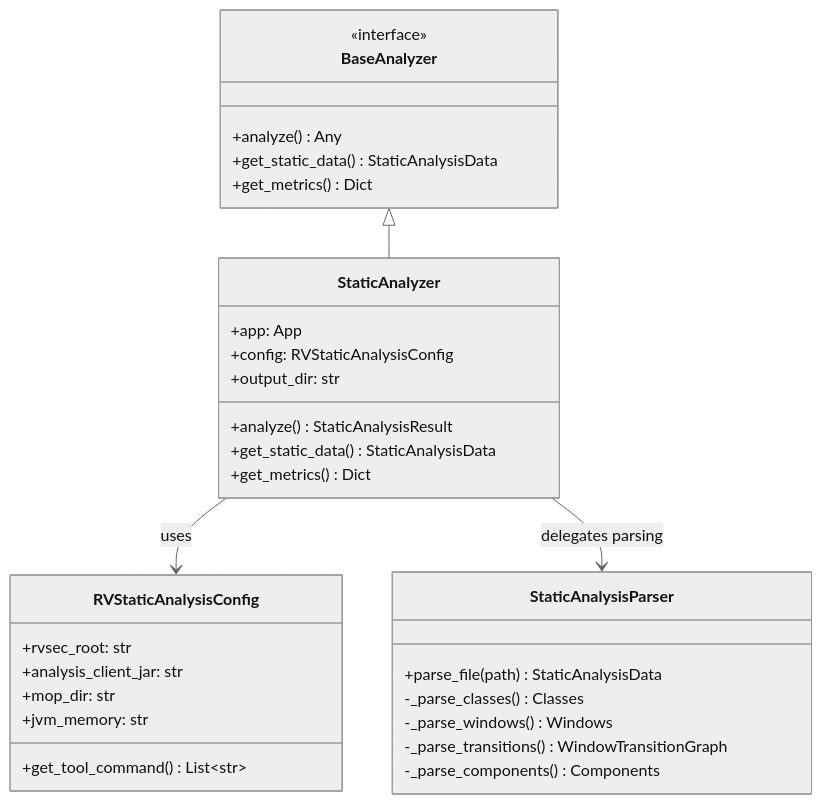
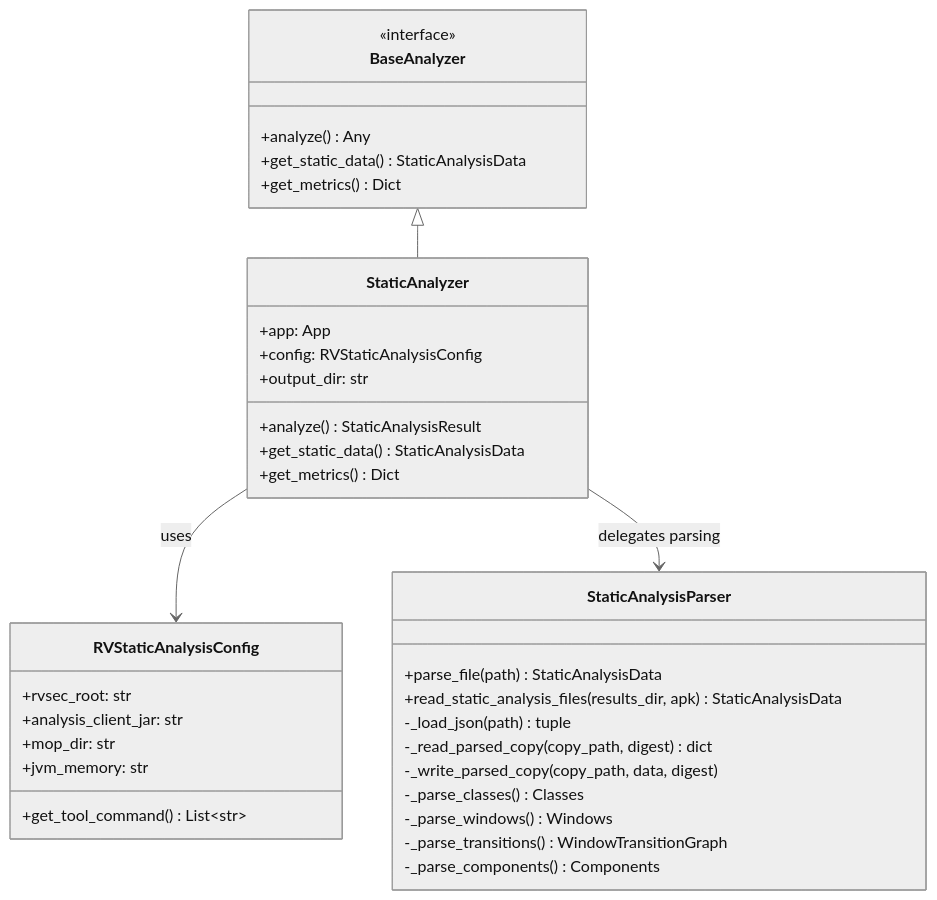
The sixth of 6 diagrams in rv-android/modules/rv-static-analysis/docs/architecture.md (PAMunb/rvsec), drawn with Mermaid before and after one commit. The commit also changed other lines of this file and 5 other files, not shown here.

````diff
--- a/rv-android/modules/rv-static-analysis/docs/architecture.md
+++ b/rv-android/modules/rv-static-analysis/docs/architecture.md
@@ -593,40 +659,44 @@
 ```mermaid
 %%{init: {'theme': 'neutral'}}%%
 classDiagram
     class BaseAnalyzer {
         <<interface>>
         +analyze() Any
         +get_static_data() StaticAnalysisData
         +get_metrics() Dict
     }
 
     class StaticAnalyzer {
         +app: App
         +config: RVStaticAnalysisConfig
         +output_dir: str
         +analyze() StaticAnalysisResult
         +get_static_data() StaticAnalysisData
         +get_metrics() Dict
     }
 
     BaseAnalyzer <|-- StaticAnalyzer
 
     class RVStaticAnalysisConfig {
         +rvsec_root: str
         +analysis_client_jar: str
         +mop_dir: str
         +jvm_memory: str
         +get_tool_command() List~str~
     }
 
     class StaticAnalysisParser {
         +parse_file(path) StaticAnalysisData
+        +read_static_analysis_files(results_dir, apk) StaticAnalysisData
+        -_load_json(path) tuple
+        -_read_parsed_copy(copy_path, digest) dict
+        -_write_parsed_copy(copy_path, data, digest)
         -_parse_classes() Classes
         -_parse_windows() Windows
         -_parse_transitions() WindowTransitionGraph
         -_parse_components() Components
     }
 
     StaticAnalyzer --> RVStaticAnalysisConfig : uses
     StaticAnalyzer --> StaticAnalysisParser : delegates parsing
 ```
````
